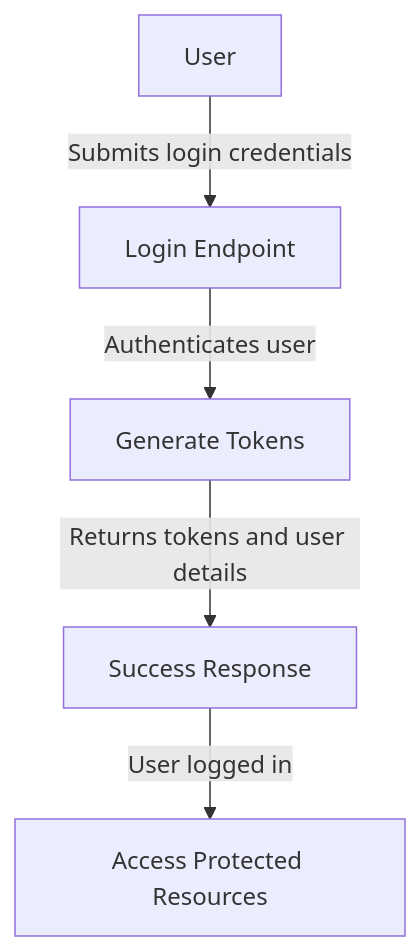
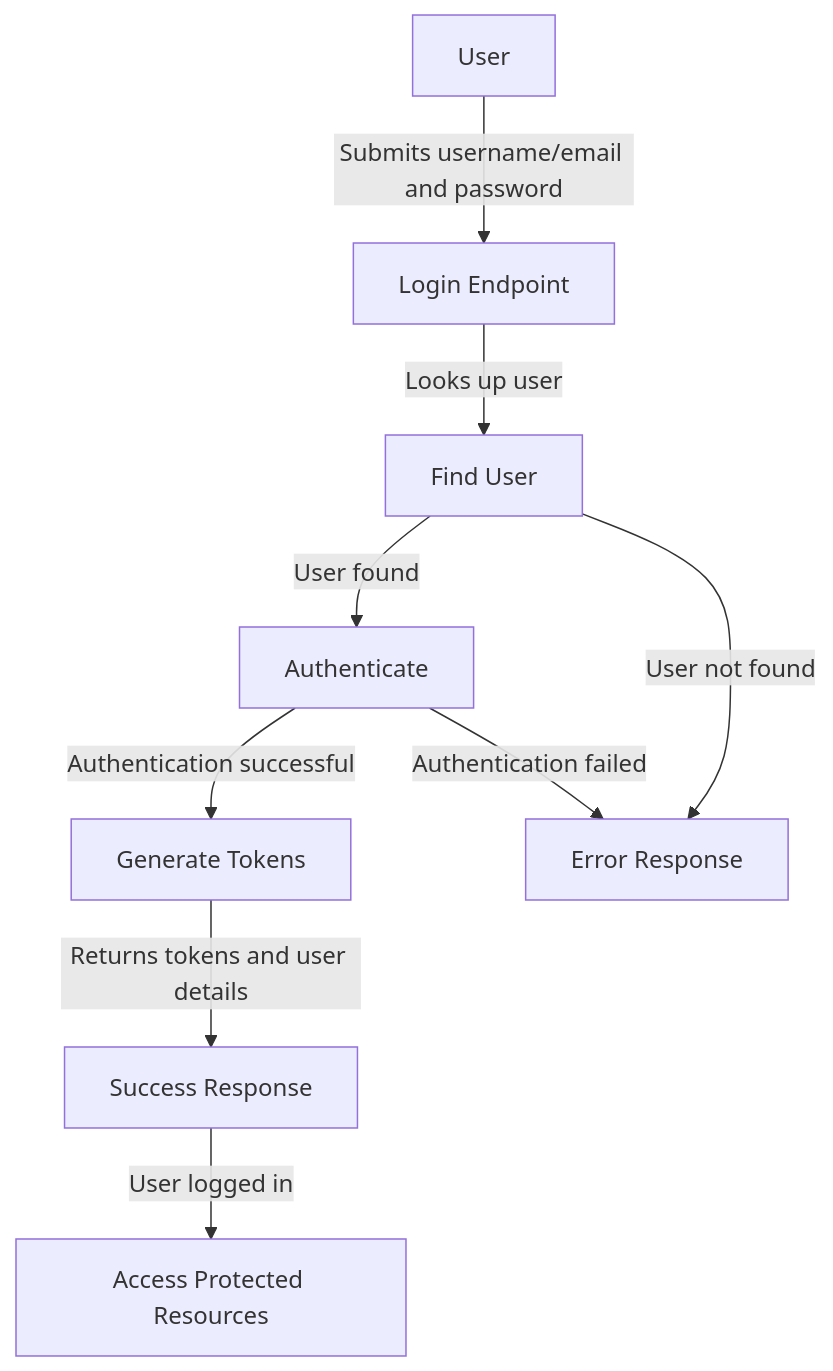
One commit to d9042n/personal_backend changed the diagram in docs/diagrams/flows/user_login_flow.md. Above: the diagram before and after it, drawn with Mermaid. The commit also changed 4 other files, not shown here.

````diff
--- a/docs/diagrams/flows/user_login_flow.md
+++ b/docs/diagrams/flows/user_login_flow.md
@@ -3,7 +3,12 @@
 ```mermaid
 graph TD
-    A[User] -->|Submits login credentials| B[Login Endpoint]
-    B -->|Authenticates user| C[Generate Tokens]
-    C -->|Returns tokens and user details| D[Success Response]
-    D -->|User logged in| E[Access Protected Resources]
+    A[User] -->|Submits username/email and password| B[Login Endpoint]
+    B -->|Looks up user| C[Find User]
+    C -->|User found| D[Authenticate]
+    D -->|Authentication successful| E[Generate Tokens]
+    E -->|Returns tokens and user details| F[Success Response]
+    F -->|User logged in| G[Access Protected Resources]
+
+    C -->|User not found| H[Error Response]
+    D -->|Authentication failed| H
 ```
````
